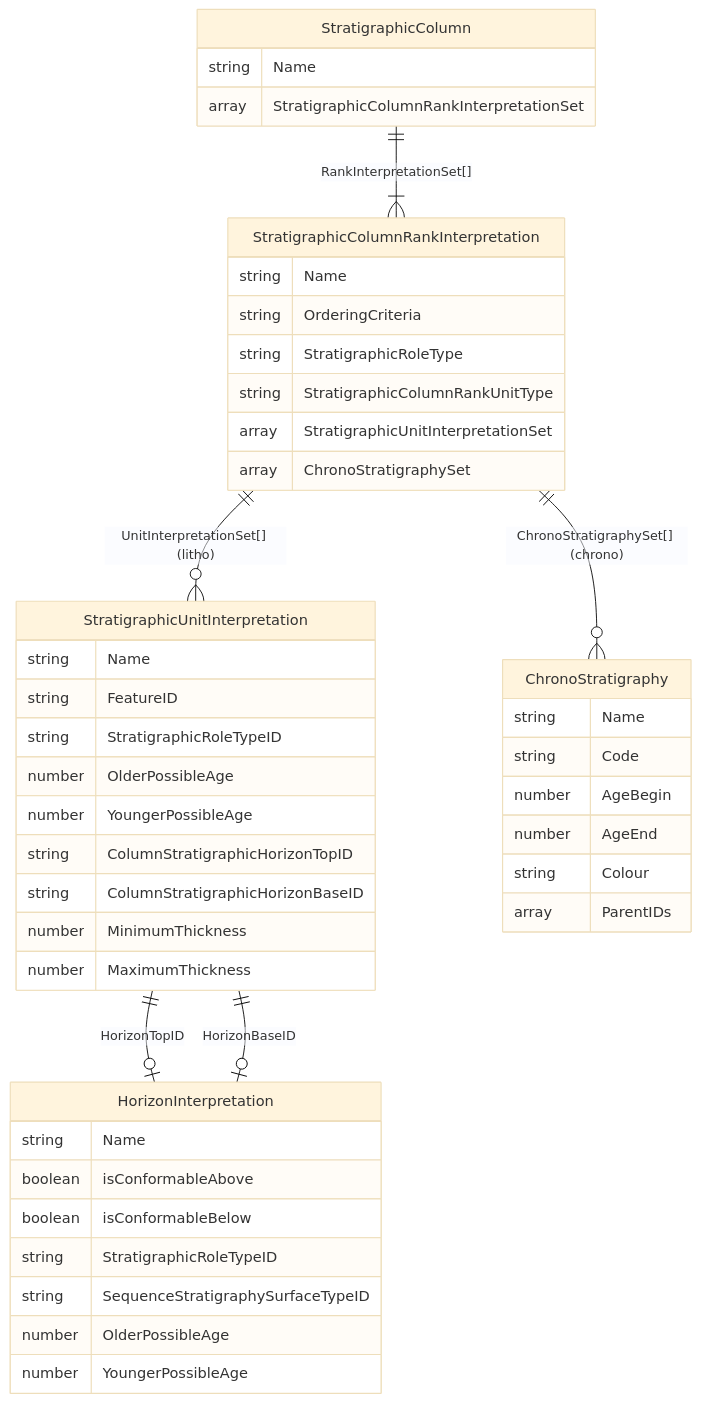
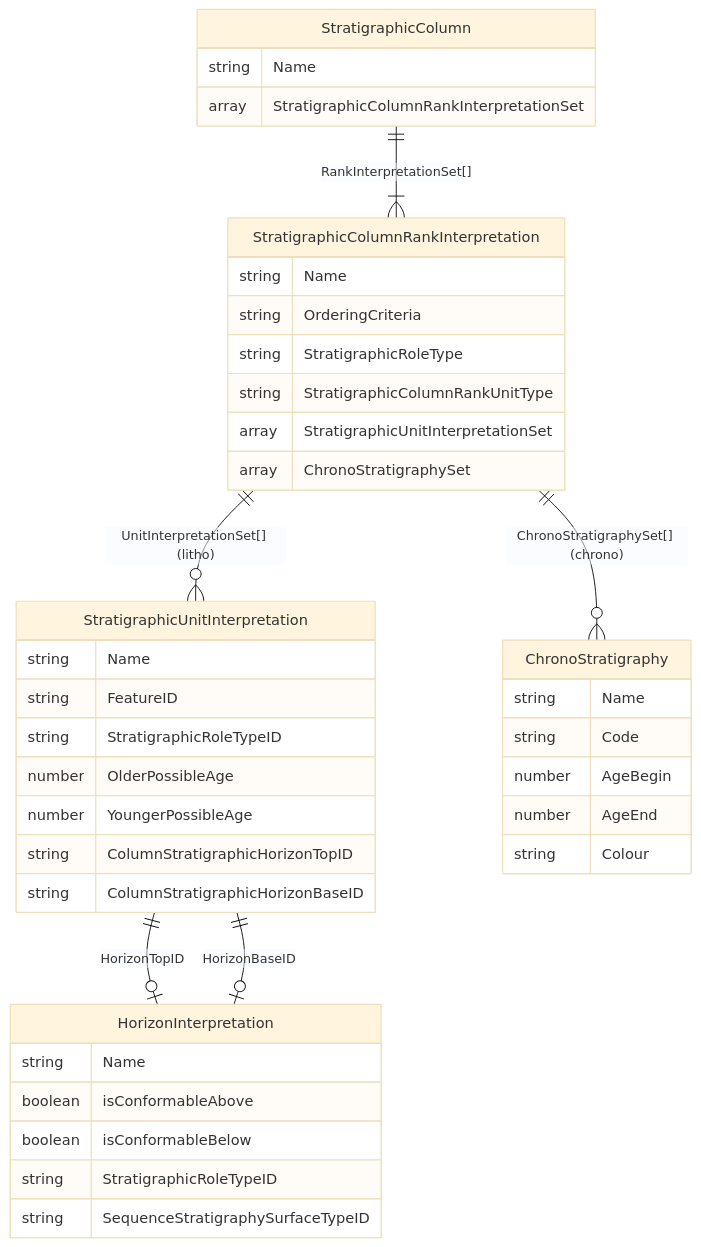
Before and after one commit to marcusapel/ores: the first of 4 diagrams in md/StratColumn.md, drawn with Mermaid (base theme). The commit also changed other lines of this file and 1 other file, not shown here.

````diff
--- a/md/StratColumn.md
+++ b/md/StratColumn.md
@@ -46,49 +43,44 @@
 ```mermaid
 erDiagram
     StratigraphicColumn ||--|{ StratigraphicColumnRankInterpretation : "RankInterpretationSet[]"
     StratigraphicColumnRankInterpretation ||--o{ StratigraphicUnitInterpretation : "UnitInterpretationSet[] (litho)"
     StratigraphicColumnRankInterpretation ||--o{ ChronoStratigraphy : "ChronoStratigraphySet[] (chrono)"
     StratigraphicUnitInterpretation ||--o| HorizonInterpretation : "HorizonTopID"
     StratigraphicUnitInterpretation ||--o| HorizonInterpretation : "HorizonBaseID"
 
     StratigraphicColumn {
         string Name
         array StratigraphicColumnRankInterpretationSet
     }
     StratigraphicColumnRankInterpretation {
         string Name
         string OrderingCriteria
         string StratigraphicRoleType
         string StratigraphicColumnRankUnitType
         array StratigraphicUnitInterpretationSet
         array ChronoStratigraphySet
     }
     StratigraphicUnitInterpretation {
         string Name
         string FeatureID
         string StratigraphicRoleTypeID
         number OlderPossibleAge
         number YoungerPossibleAge
         string ColumnStratigraphicHorizonTopID
         string ColumnStratigraphicHorizonBaseID
-        number MinimumThickness
-        number MaximumThickness
     }
     HorizonInterpretation {
         string Name
         boolean isConformableAbove
         boolean isConformableBelow
         string StratigraphicRoleTypeID
         string SequenceStratigraphySurfaceTypeID
-        number OlderPossibleAge
-        number YoungerPossibleAge
     }
     ChronoStratigraphy {
         string Name
         string Code
         number AgeBegin
         number AgeEnd
         string Colour
-        array ParentIDs
     }
 ```
````
